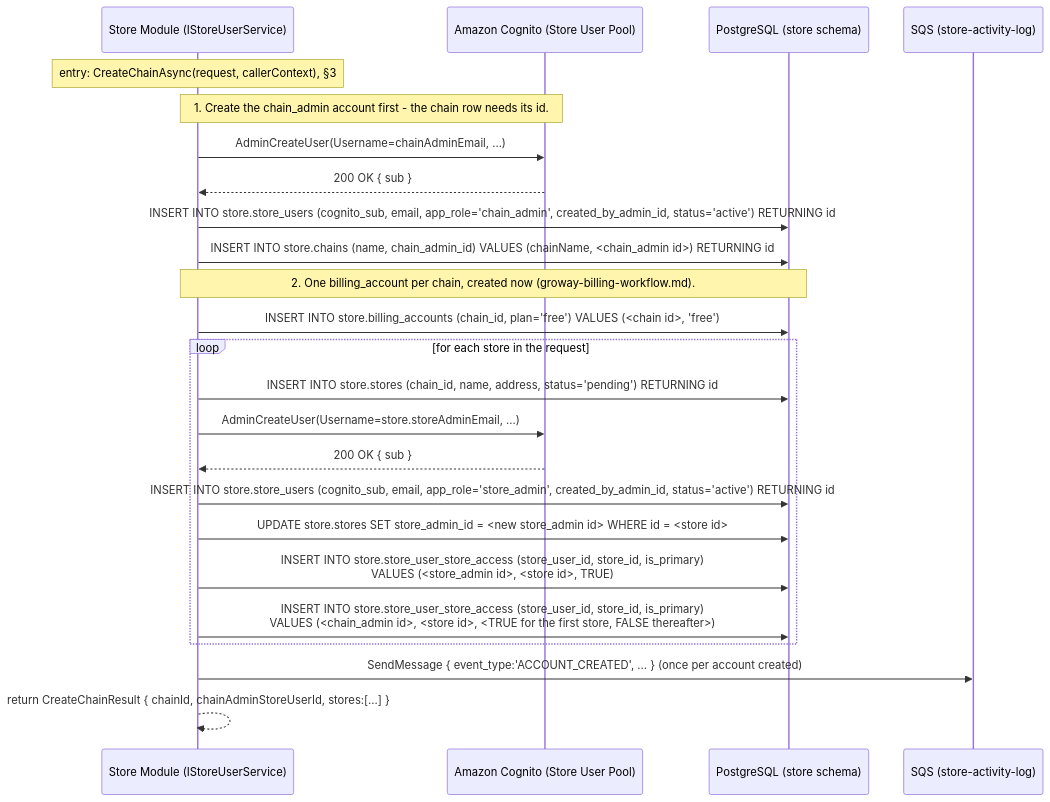
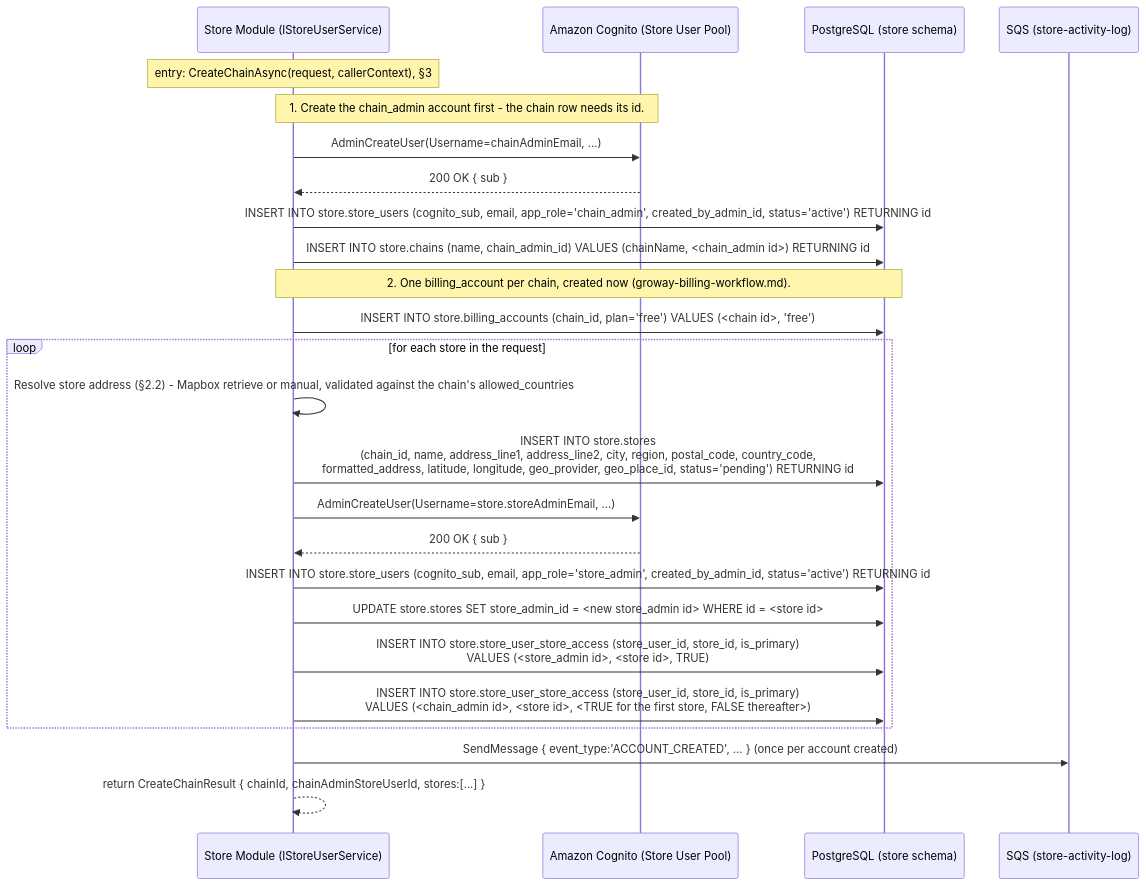
The third of 10 diagrams in usercasestudy/growayshop-registration-workflow.md (szhanggit/appointmentsystemdesign), drawn with Mermaid before and after one commit. The commit also changed other lines of this file and 1 other file, not shown here.

Commit message:
Added Mapbox.

````diff
--- a/usercasestudy/growayshop-registration-workflow.md
+++ b/usercasestudy/growayshop-registration-workflow.md
@@ -196,32 +252,33 @@
 ```mermaid
 sequenceDiagram
     participant SM as Store Module (IStoreUserService)
     participant SCOG as Amazon Cognito (Store User Pool)
     participant DB as PostgreSQL (store schema)
     participant SQSQ as SQS (store-activity-log)
 
     Note over SM: entry: CreateChainAsync(request, callerContext), §3
 
     Note over SM,SCOG: 1. Create the chain_admin account first - the chain row needs its id.
     SM->>SCOG: AdminCreateUser(Username=chainAdminEmail, ...)
     SCOG-->>SM: 200 OK { sub }
     SM->>DB: INSERT INTO store.store_users (cognito_sub, email, app_role='chain_admin', created_by_admin_id, status='active') RETURNING id
 
     SM->>DB: INSERT INTO store.chains (name, chain_admin_id) VALUES (chainName, <chain_admin id>) RETURNING id
 
     Note over SM,DB: 2. One billing_account per chain, created now (groway-billing-workflow.md).
     SM->>DB: INSERT INTO store.billing_accounts (chain_id, plan='free') VALUES (<chain id>, 'free')
 
     loop for each store in the request
-        SM->>DB: INSERT INTO store.stores (chain_id, name, address, status='pending') RETURNING id
+        SM->>SM: Resolve store address (§2.2) - Mapbox retrieve or manual, validated against the chain's allowed_countries
+        SM->>DB: INSERT INTO store.stores<br/>(chain_id, name, address_line1, address_line2, city, region, postal_code, country_code,<br/>formatted_address, latitude, longitude, geo_provider, geo_place_id, status='pending') RETURNING id
         SM->>SCOG: AdminCreateUser(Username=store.storeAdminEmail, ...)
         SCOG-->>SM: 200 OK { sub }
         SM->>DB: INSERT INTO store.store_users (cognito_sub, email, app_role='store_admin', created_by_admin_id, status='active') RETURNING id
         SM->>DB: UPDATE store.stores SET store_admin_id = <new store_admin id> WHERE id = <store id>
         SM->>DB: INSERT INTO store.store_user_store_access (store_user_id, store_id, is_primary)<br/>VALUES (<store_admin id>, <store id>, TRUE)
         SM->>DB: INSERT INTO store.store_user_store_access (store_user_id, store_id, is_primary)<br/>VALUES (<chain_admin id>, <store id>, <TRUE for the first store, FALSE thereafter>)
     end
 
     SM->>SQSQ: SendMessage { event_type:'ACCOUNT_CREATED', ... } (once per account created)
     SM-->>SM: return CreateChainResult { chainId, chainAdminStoreUserId, stores:[...] }
 ```
````
